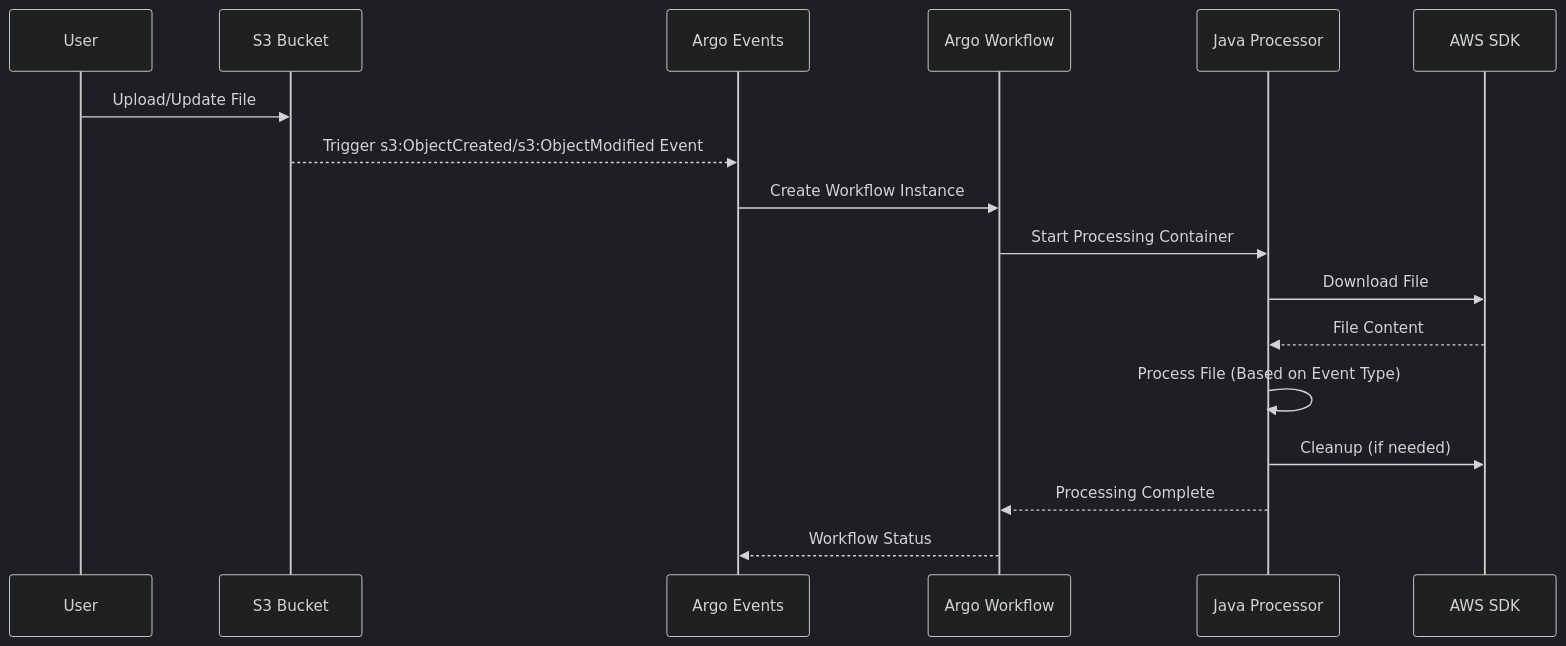
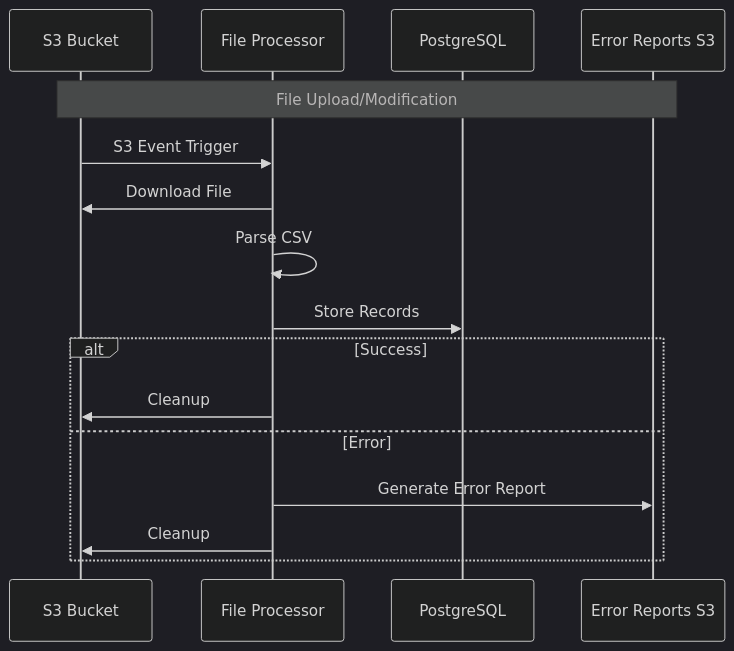
The diagram in README.md (prasisiri/s3-argo-processor), drawn with Mermaid (dark theme) before and after one commit. The commit also changed other lines of this file and 7 other files, not shown here.

````diff
--- a/README.md
+++ b/README.md
@@ -14,20 +16,20 @@
 ```mermaid
 sequenceDiagram
-    participant User
     participant S3 as S3 Bucket
-    participant ArgoEvents as Argo Events
-    participant ArgoWorkflow as Argo Workflow
-    participant Processor as Java Processor
-    participant AWS as AWS SDK
+    participant Processor as File Processor
+    participant DB as PostgreSQL
+    participant ErrorS3 as Error Reports S3
 
-    User->>S3: Upload/Update File
-    S3-->>ArgoEvents: Trigger s3:ObjectCreated/s3:ObjectModified Event
-    ArgoEvents->>ArgoWorkflow: Create Workflow Instance
-    ArgoWorkflow->>Processor: Start Processing Container
-    Processor->>AWS: Download File
-    AWS-->>Processor: File Content
-    Processor->>Processor: Process File (Based on Event Type)
-    Processor->>AWS: Cleanup (if needed)
-    Processor-->>ArgoWorkflow: Processing Complete
-    ArgoWorkflow-->>ArgoEvents: Workflow Status
+    Note over S3,ErrorS3: File Upload/Modification
+    S3->>Processor: S3 Event Trigger
+    Processor->>S3: Download File
+    Processor->>Processor: Parse CSV
+    Processor->>DB: Store Records
+    
+    alt Success
+        Processor->>S3: Cleanup
+    else Error
+        Processor->>ErrorS3: Generate Error Report
+        Processor->>S3: Cleanup
+    end
 ```
````
